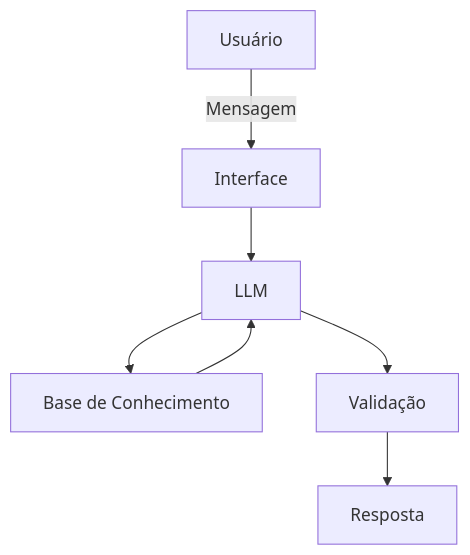
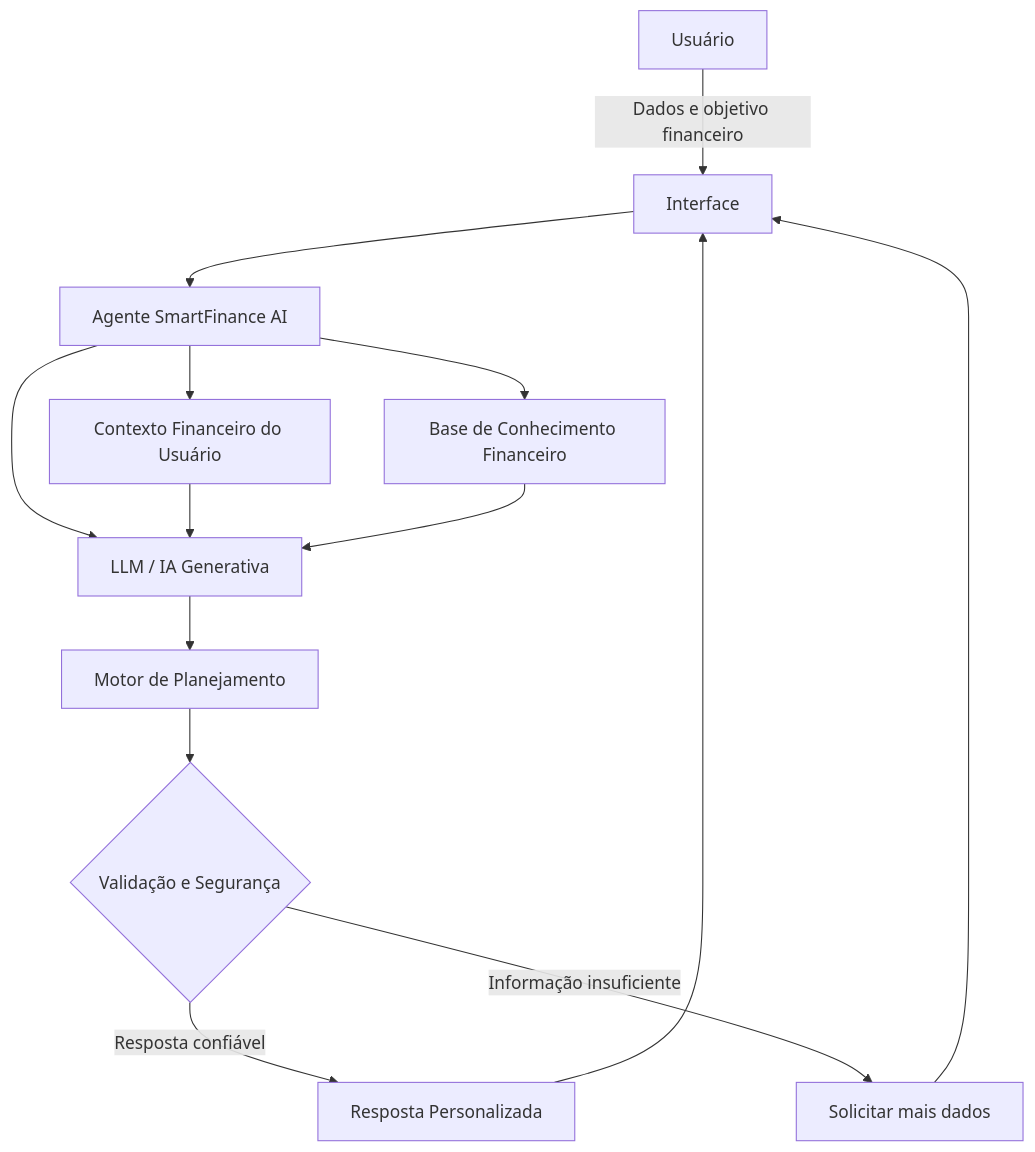
Before and after one commit to Lecosan28/dio-lab-bia-do-futuro: the diagram in docs/01-documentacao-agente.md, drawn with Mermaid. The commit also changed other lines of this file, not shown here.

Commit message:
Rename agent and update flowchart in documentation
Updated the agent name from 'FinPlan AI' to 'SmartFinance AI' and modified the flowchart to reflect the new agent structure.

````diff
--- a/docs/01-documentacao-agente.md
+++ b/docs/01-documentacao-agente.md
@@ -92,9 +92,21 @@
 ```mermaid
 flowchart TD
-    A[Usuário] -->|Mensagem| B[Interface]
-    B --> C[LLM]
-    C --> D[Base de Conhecimento]
-    D --> C
-    C --> E[Validação]
-    E --> F[Resposta]
+    A[Usuário] -->|Dados e objetivo financeiro| B[Interface]
+    B --> C[Agente SmartFinance AI]
+
+    C --> D[Contexto Financeiro do Usuário]
+    C --> E[LLM / IA Generativa]
+    C --> F[Base de Conhecimento Financeiro]
+
+    D --> E
+    F --> E
+
+    E --> G[Motor de Planejamento]
+    G --> H{Validação e Segurança}
+
+    H -->|Resposta confiável| I[Resposta Personalizada]
+    H -->|Informação insuficiente| J[Solicitar mais dados]
+
+    I --> B
+    J --> B
 ```
````
